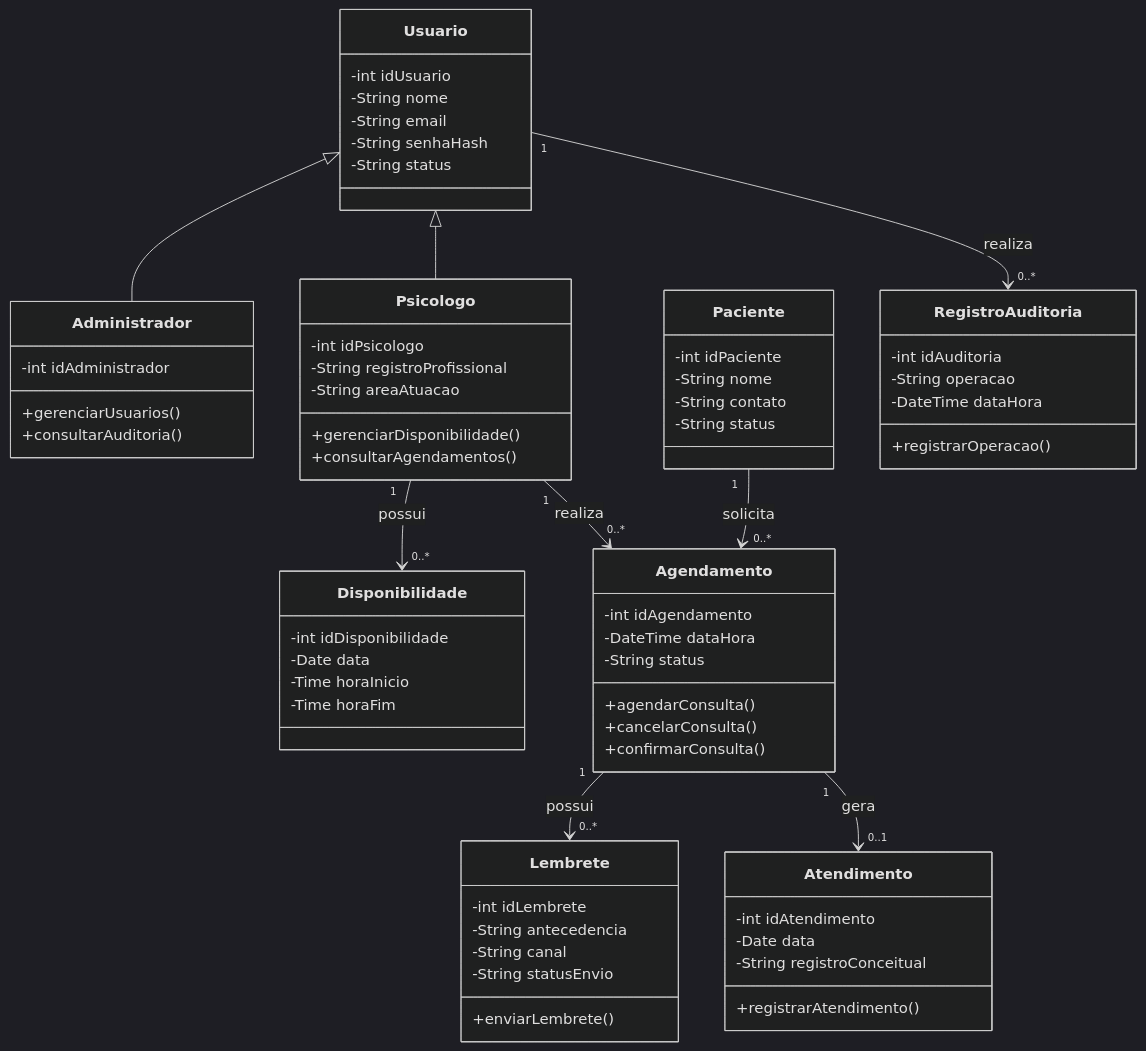
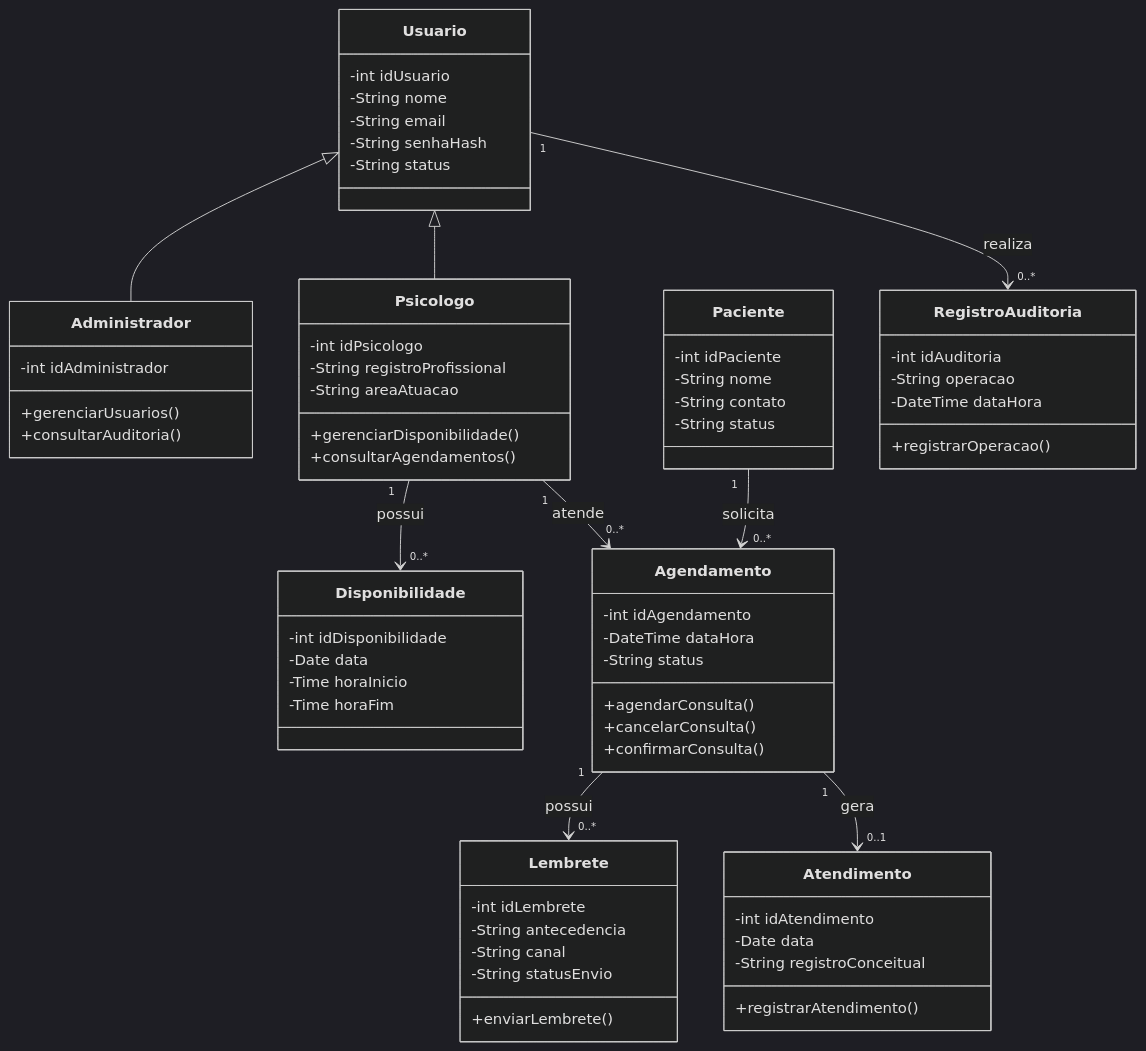
Before and after one commit to Icaro230307/AV3-PsiConnect: the first of 2 diagrams in README.md, drawn with Mermaid (dark theme).

````diff
--- a/README.md
+++ b/README.md
@@ -12,79 +12,79 @@
 ```mermaid
 classDiagram
     class Usuario {
         -int idUsuario
         -String nome
         -String email
         -String senhaHash
         -String status
     }
 
     class Administrador {
         -int idAdministrador
         +gerenciarUsuarios()
         +consultarAuditoria()
     }
 
     class Psicologo {
         -int idPsicologo
         -String registroProfissional
         -String areaAtuacao
         +gerenciarDisponibilidade()
         +consultarAgendamentos()
     }
 
     class Paciente {
         -int idPaciente
         -String nome
         -String contato
         -String status
     }
 
     class Disponibilidade {
         -int idDisponibilidade
         -Date data
         -Time horaInicio
         -Time horaFim
     }
 
     class Agendamento {
         -int idAgendamento
         -DateTime dataHora
         -String status
         +agendarConsulta()
         +cancelarConsulta()
         +confirmarConsulta()
     }
 
     class Lembrete {
         -int idLembrete
         -String antecedencia
         -String canal
         -String statusEnvio
         +enviarLembrete()
     }
 
     class Atendimento {
         -int idAtendimento
         -Date data
         -String registroConceitual
         +registrarAtendimento()
     }
 
     class RegistroAuditoria {
         -int idAuditoria
         -String operacao
         -DateTime dataHora
         +registrarOperacao()
     }
 
     Usuario <|-- Administrador
     Usuario <|-- Psicologo
 
     Psicologo "1" --> "0..*" Disponibilidade : possui
-    Psicologo "1" --> "0..*" Agendamento : realiza
+    Psicologo "1" --> "0..*" Agendamento : atende
     Paciente "1" --> "0..*" Agendamento : solicita
     Agendamento "1" --> "0..*" Lembrete : possui
     Agendamento "1" --> "0..1" Atendimento : gera
     Usuario "1" --> "0..*" RegistroAuditoria : realiza
 ```
````
